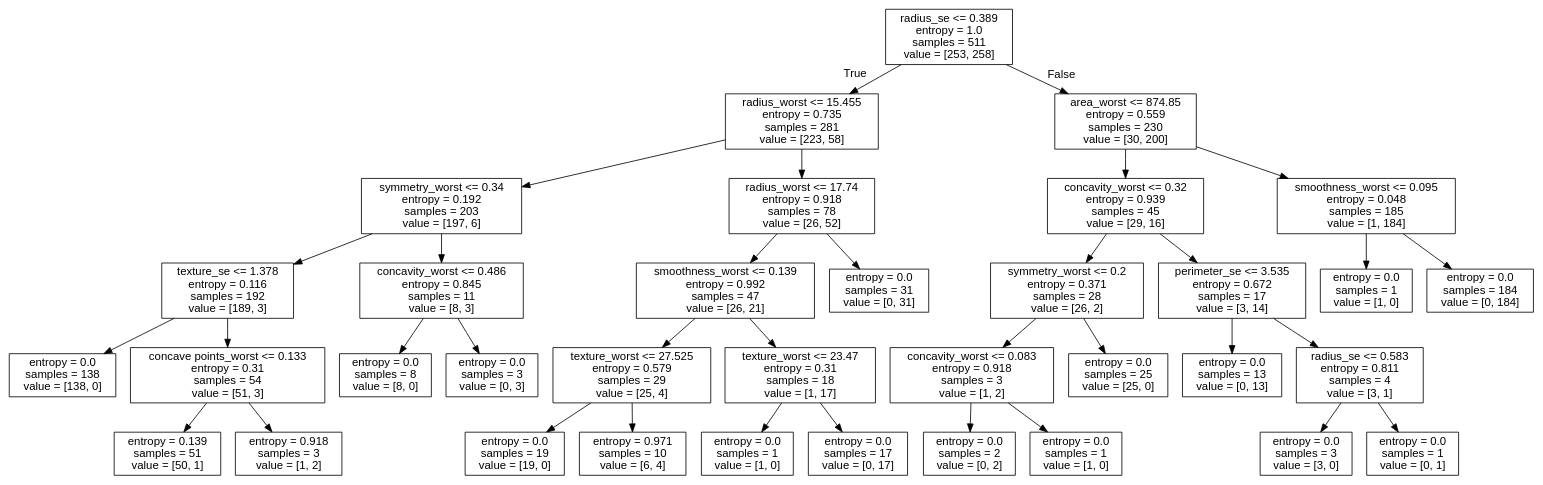
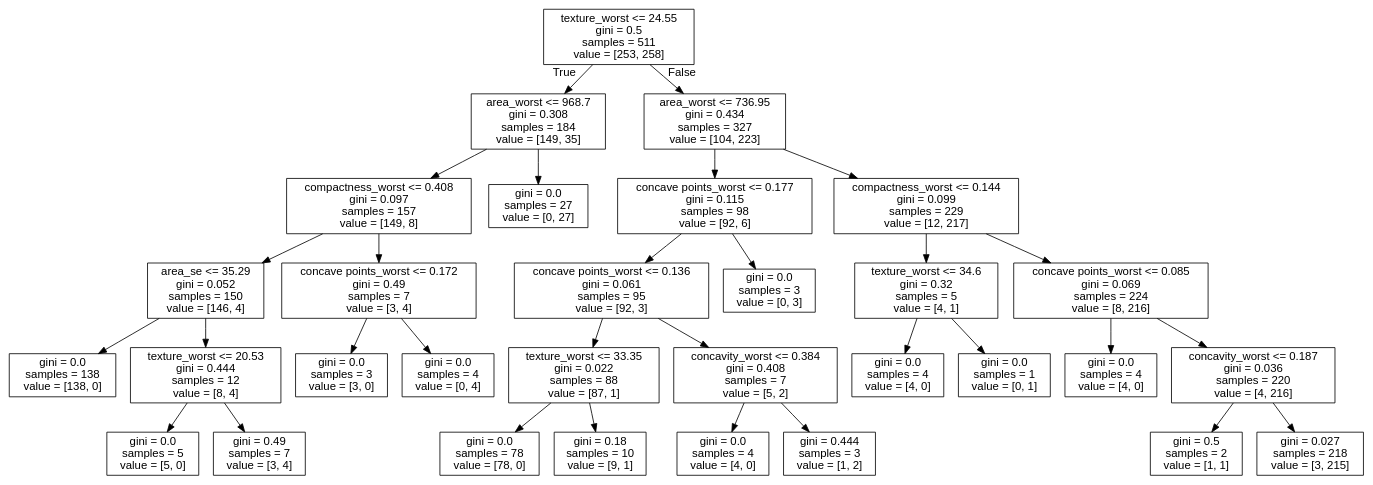
The diagram in tree.dot (m21ark/ia_t2), drawn with Graphviz before and after one commit. The commit also changed 3 other files, not shown here.

```diff
--- a/tree.dot
+++ b/tree.dot
@@ -1,73 +1,65 @@
 digraph Tree {
 node [shape=box, fontname="helvetica"] ;
 edge [fontname="helvetica"] ;
-0 [label="radius_se <= 0.389\nentropy = 1.0\nsamples = 511\nvalue = [253, 258]"] ;
-1 [label="radius_worst <= 15.455\nentropy = 0.735\nsamples = 281\nvalue = [223, 58]"] ;
+0 [label="texture_worst <= 24.55\ngini = 0.5\nsamples = 511\nvalue = [253, 258]"] ;
+1 [label="area_worst <= 968.7\ngini = 0.308\nsamples = 184\nvalue = [149, 35]"] ;
 0 -> 1 [labeldistance=2.5, labelangle=45, headlabel="True"] ;
-2 [label="symmetry_worst <= 0.34\nentropy = 0.192\nsamples = 203\nvalue = [197, 6]"] ;
+2 [label="compactness_worst <= 0.408\ngini = 0.097\nsamples = 157\nvalue = [149, 8]"] ;
 1 -> 2 ;
-3 [label="texture_se <= 1.378\nentropy = 0.116\nsamples = 192\nvalue = [189, 3]"] ;
+3 [label="area_se <= 35.29\ngini = 0.052\nsamples = 150\nvalue = [146, 4]"] ;
 2 -> 3 ;
-4 [label="entropy = 0.0\nsamples = 138\nvalue = [138, 0]"] ;
+4 [label="gini = 0.0\nsamples = 138\nvalue = [138, 0]"] ;
 3 -> 4 ;
-5 [label="concave points_worst <= 0.133\nentropy = 0.31\nsamples = 54\nvalue = [51, 3]"] ;
+5 [label="texture_worst <= 20.53\ngini = 0.444\nsamples = 12\nvalue = [8, 4]"] ;
 3 -> 5 ;
-6 [label="entropy = 0.139\nsamples = 51\nvalue = [50, 1]"] ;
+6 [label="gini = 0.0\nsamples = 5\nvalue = [5, 0]"] ;
 5 -> 6 ;
-7 [label="entropy = 0.918\nsamples = 3\nvalue = [1, 2]"] ;
+7 [label="gini = 0.49\nsamples = 7\nvalue = [3, 4]"] ;
 5 -> 7 ;
-8 [label="concavity_worst <= 0.486\nentropy = 0.845\nsamples = 11\nvalue = [8, 3]"] ;
+8 [label="concave points_worst <= 0.172\ngini = 0.49\nsamples = 7\nvalue = [3, 4]"] ;
 2 -> 8 ;
-9 [label="entropy = 0.0\nsamples = 8\nvalue = [8, 0]"] ;
+9 [label="gini = 0.0\nsamples = 3\nvalue = [3, 0]"] ;
 8 -> 9 ;
-10 [label="entropy = 0.0\nsamples = 3\nvalue = [0, 3]"] ;
+10 [label="gini = 0.0\nsamples = 4\nvalue = [0, 4]"] ;
 8 -> 10 ;
-11 [label="radius_worst <= 17.74\nentropy = 0.918\nsamples = 78\nvalue = [26, 52]"] ;
+11 [label="gini = 0.0\nsamples = 27\nvalue = [0, 27]"] ;
 1 -> 11 ;
-12 [label="smoothness_worst <= 0.139\nentropy = 0.992\nsamples = 47\nvalue = [26, 21]"] ;
-11 -> 12 ;
-13 [label="texture_worst <= 27.525\nentropy = 0.579\nsamples = 29\nvalue = [25, 4]"] ;
+12 [label="area_worst <= 736.95\ngini = 0.434\nsamples = 327\nvalue = [104, 223]"] ;
+0 -> 12 [labeldistance=2.5, labelangle=-45, headlabel="False"] ;
+13 [label="concave points_worst <= 0.177\ngini = 0.115\nsamples = 98\nvalue = [92, 6]"] ;
 12 -> 13 ;
-14 [label="entropy = 0.0\nsamples = 19\nvalue = [19, 0]"] ;
+14 [label="concave points_worst <= 0.136\ngini = 0.061\nsamples = 95\nvalue = [92, 3]"] ;
 13 -> 14 ;
-15 [label="entropy = 0.971\nsamples = 10\nvalue = [6, 4]"] ;
-13 -> 15 ;
-16 [label="texture_worst <= 23.47\nentropy = 0.31\nsamples = 18\nvalue = [1, 17]"] ;
-12 -> 16 ;
-17 [label="entropy = 0.0\nsamples = 1\nvalue = [1, 0]"] ;
-16 -> 17 ;
-18 [label="entropy = 0.0\nsamples = 17\nvalue = [0, 17]"] ;
-16 -> 18 ;
-19 [label="entropy = 0.0\nsamples = 31\nvalue = [0, 31]"] ;
-11 -> 19 ;
-20 [label="area_worst <= 874.85\nentropy = 0.559\nsamples = 230\nvalue = [30, 200]"] ;
-0 -> 20 [labeldistance=2.5, labelangle=-45, headlabel="False"] ;
-21 [label="concavity_worst <= 0.32\nentropy = 0.939\nsamples = 45\nvalue = [29, 16]"] ;
-20 -> 21 ;
-22 [label="symmetry_worst <= 0.2\nentropy = 0.371\nsamples = 28\nvalue = [26, 2]"] ;
-21 -> 22 ;
-23 [label="concavity_worst <= 0.083\nentropy = 0.918\nsamples = 3\nvalue = [1, 2]"] ;
+15 [label="texture_worst <= 33.35\ngini = 0.022\nsamples = 88\nvalue = [87, 1]"] ;
+14 -> 15 ;
+16 [label="gini = 0.0\nsamples = 78\nvalue = [78, 0]"] ;
+15 -> 16 ;
+17 [label="gini = 0.18\nsamples = 10\nvalue = [9, 1]"] ;
+15 -> 17 ;
+18 [label="concavity_worst <= 0.384\ngini = 0.408\nsamples = 7\nvalue = [5, 2]"] ;
+14 -> 18 ;
+19 [label="gini = 0.0\nsamples = 4\nvalue = [4, 0]"] ;
+18 -> 19 ;
+20 [label="gini = 0.444\nsamples = 3\nvalue = [1, 2]"] ;
+18 -> 20 ;
+21 [label="gini = 0.0\nsamples = 3\nvalue = [0, 3]"] ;
+13 -> 21 ;
+22 [label="compactness_worst <= 0.144\ngini = 0.099\nsamples = 229\nvalue = [12, 217]"] ;
+12 -> 22 ;
+23 [label="texture_worst <= 34.6\ngini = 0.32\nsamples = 5\nvalue = [4, 1]"] ;
 22 -> 23 ;
-24 [label="entropy = 0.0\nsamples = 2\nvalue = [0, 2]"] ;
+24 [label="gini = 0.0\nsamples = 4\nvalue = [4, 0]"] ;
 23 -> 24 ;
-25 [label="entropy = 0.0\nsamples = 1\nvalue = [1, 0]"] ;
+25 [label="gini = 0.0\nsamples = 1\nvalue = [0, 1]"] ;
 23 -> 25 ;
-26 [label="entropy = 0.0\nsamples = 25\nvalue = [25, 0]"] ;
+26 [label="concave points_worst <= 0.085\ngini = 0.069\nsamples = 224\nvalue = [8, 216]"] ;
 22 -> 26 ;
-27 [label="perimeter_se <= 3.535\nentropy = 0.672\nsamples = 17\nvalue = [3, 14]"] ;
-21 -> 27 ;
-28 [label="entropy = 0.0\nsamples = 13\nvalue = [0, 13]"] ;
-27 -> 28 ;
-29 [label="radius_se <= 0.583\nentropy = 0.811\nsamples = 4\nvalue = [3, 1]"] ;
-27 -> 29 ;
-30 [label="entropy = 0.0\nsamples = 3\nvalue = [3, 0]"] ;
-29 -> 30 ;
-31 [label="entropy = 0.0\nsamples = 1\nvalue = [0, 1]"] ;
-29 -> 31 ;
-32 [label="smoothness_worst <= 0.095\nentropy = 0.048\nsamples = 185\nvalue = [1, 184]"] ;
-20 -> 32 ;
-33 [label="entropy = 0.0\nsamples = 1\nvalue = [1, 0]"] ;
-32 -> 33 ;
-34 [label="entropy = 0.0\nsamples = 184\nvalue = [0, 184]"] ;
-32 -> 34 ;
+27 [label="gini = 0.0\nsamples = 4\nvalue = [4, 0]"] ;
+26 -> 27 ;
+28 [label="concavity_worst <= 0.187\ngini = 0.036\nsamples = 220\nvalue = [4, 216]"] ;
+26 -> 28 ;
+29 [label="gini = 0.5\nsamples = 2\nvalue = [1, 1]"] ;
+28 -> 29 ;
+30 [label="gini = 0.027\nsamples = 218\nvalue = [3, 215]"] ;
+28 -> 30 ;
 }
```
